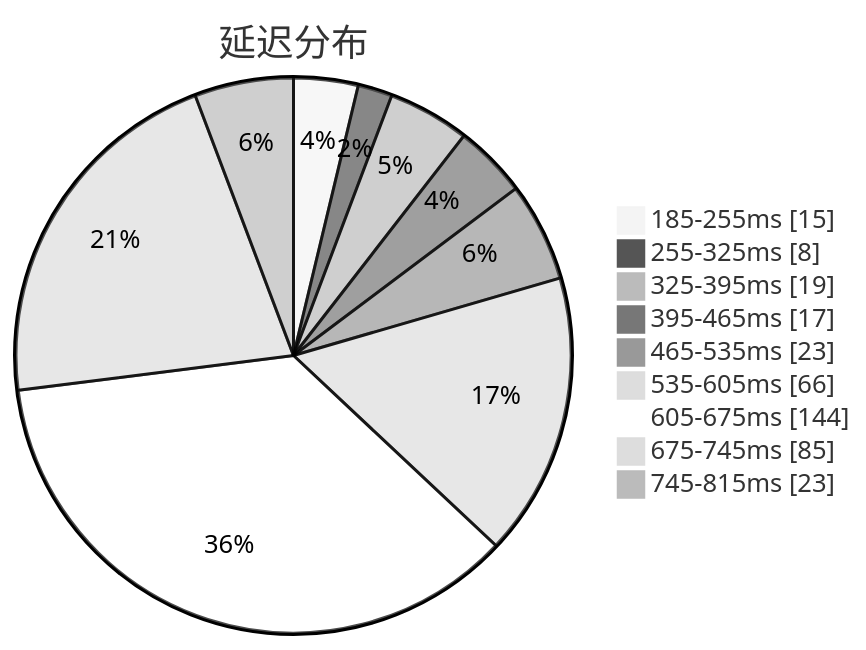
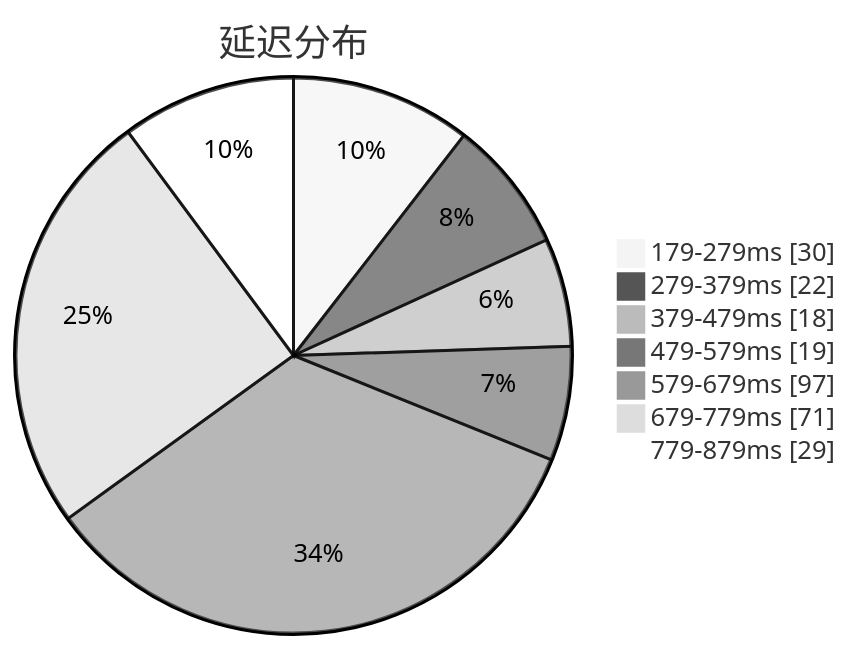
The first of 3 diagrams in subs/statistics/tested_within.md (qjlxg/airport), drawn with Mermaid (neutral theme) before and after one commit. The commit also changed other lines of this file and 2 other files, not shown here.

Commit message:
Tested by metaST

````diff
--- a/subs/statistics/tested_within.md
+++ b/subs/statistics/tested_within.md
@@ -2,13 +2,11 @@
 ```mermaid
 pie showData
 title 延迟分布
-"185-255ms" : 15
-"255-325ms" : 8
-"325-395ms" : 19
-"395-465ms" : 17
-"465-535ms" : 23
-"535-605ms" : 66
-"605-675ms" : 144
-"675-745ms" : 85
-"745-815ms" : 23
+"179-279ms" : 30
+"279-379ms" : 22
+"379-479ms" : 18
+"479-579ms" : 19
+"579-679ms" : 97
+"679-779ms" : 71
+"779-879ms" : 29
 ```
````
